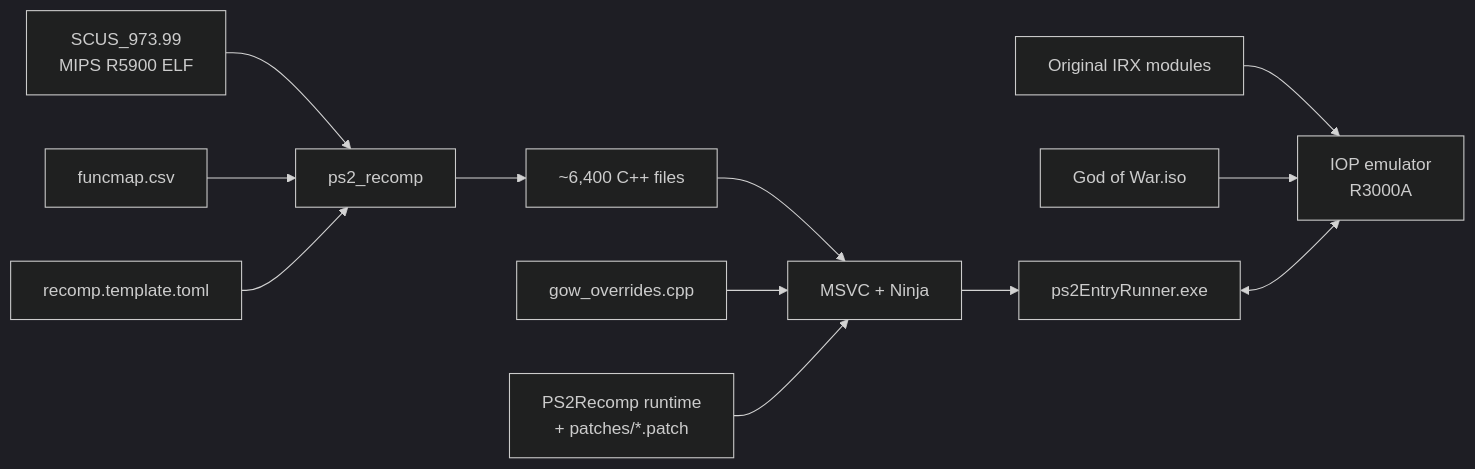
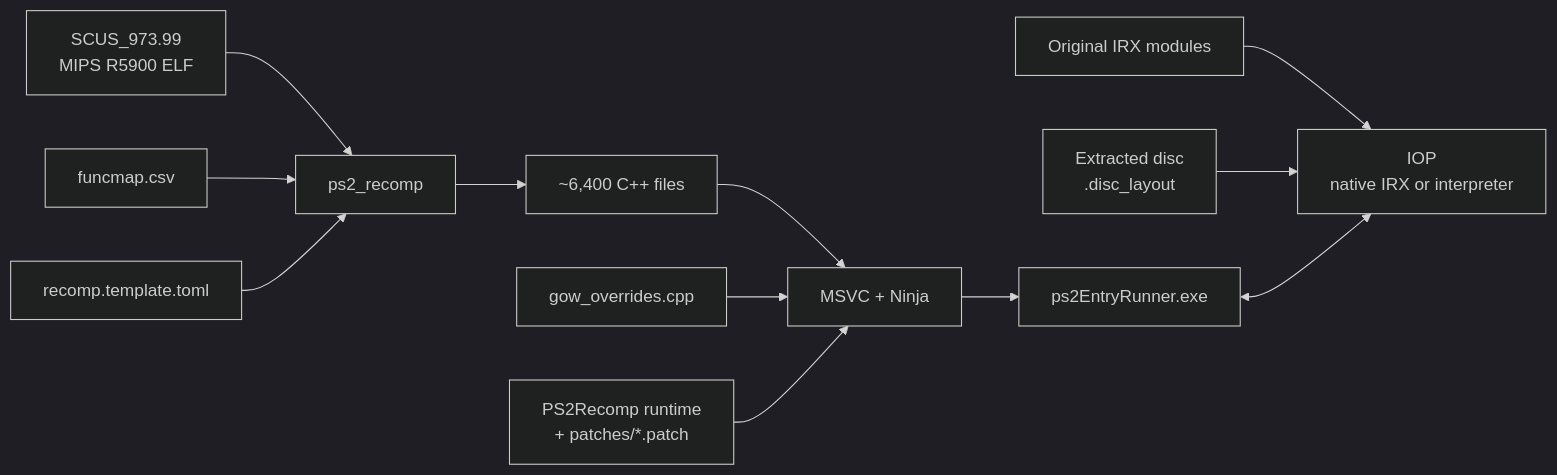
One commit to igormcsouza/god-of-war-recomp changed the diagram in README.md. Above: the diagram before and after it, drawn with Mermaid (dark theme). The commit also changed other lines of this file and 287 other files, not shown here.

````diff
--- a/README.md
+++ b/README.md
@@ -270,14 +210,14 @@
 ```mermaid
 flowchart LR
     A[SCUS_973.99<br/>MIPS R5900 ELF] --> B[ps2_recomp]
     M[funcmap.csv] --> B
     C[recomp.template.toml] --> B
     B --> D[~6,400 C++ files]
     D --> E[MSVC + Ninja]
     O[gow_overrides.cpp] --> E
     P["PS2Recomp runtime<br/>+ patches/*.patch"] --> E
     E --> F[ps2EntryRunner.exe]
-    I[Original IRX modules] --> G[IOP emulator<br/>R3000A]
-    ISO[God of War.iso] --> G
+    I[Original IRX modules] --> G[IOP<br/>native IRX or interpreter]
+    ISO["Extracted disc<br/>.disc_layout"] --> G
     F <--> G
 ```
````
